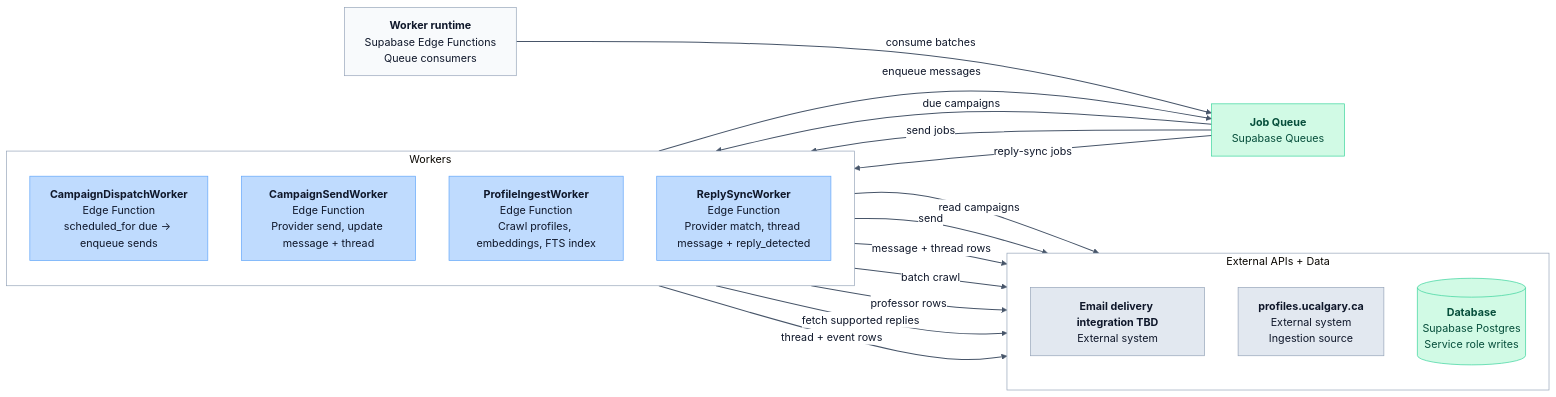
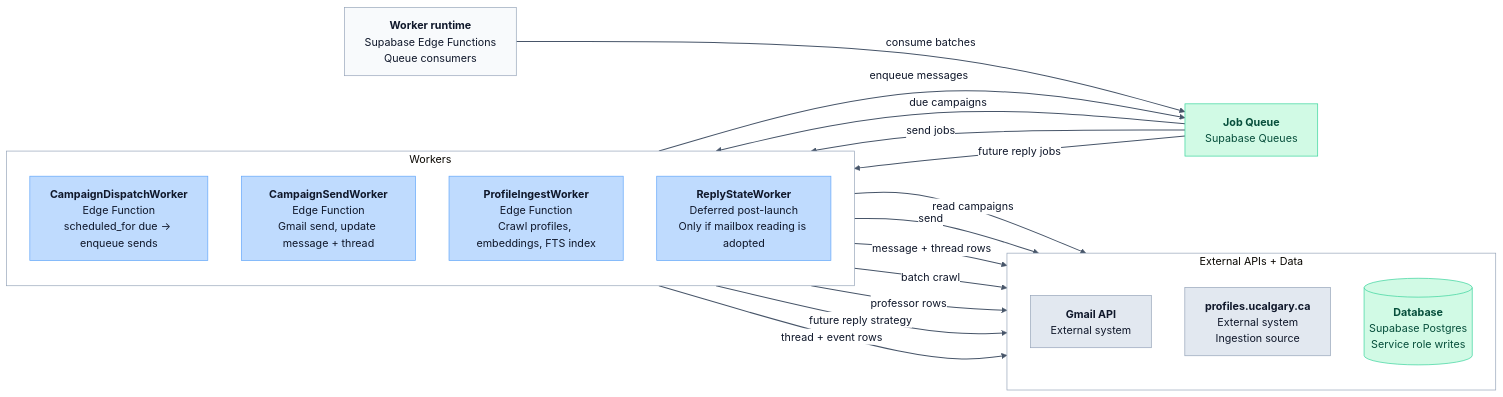
The second of 2 diagrams in docs/architecture/diagrams/c4-component.md (WanderingWalnut/UResearch), drawn with Mermaid before and after one commit. The commit also changed other lines of this file and 20 other files, not shown here.

````diff
--- a/docs/architecture/diagrams/c4-component.md
+++ b/docs/architecture/diagrams/c4-component.md
@@ -65,45 +65,45 @@
 ```mermaid
 %%{init: {"theme": "base", "themeVariables": {"background": "#f8fafc", "mainBkg": "#dbeafe", "primaryTextColor": "#0f172a", "lineColor": "#475569", "textColor": "#0f172a", "edgeLabelBackground": "#ffffff", "clusterBkg": "#ffffff", "clusterBorder": "#94a3b8", "fontFamily": "Inter, ui-sans-serif, system-ui, sans-serif"}} }%%
 flowchart LR
   runtime["<b>Worker runtime</b><br/>Supabase Edge Functions<br/>Queue consumers"]
   queue["<b>Job Queue</b><br/>Supabase Queues"]
 
   subgraph workers["Workers"]
     direction TB
     dispatch_worker["<b>CampaignDispatchWorker</b><br/>Edge Function<br/>scheduled_for due -> enqueue sends"]
-    send_worker["<b>CampaignSendWorker</b><br/>Edge Function<br/>Provider send, update message + thread"]
+    send_worker["<b>CampaignSendWorker</b><br/>Edge Function<br/>Gmail send, update message + thread"]
     ingest_worker["<b>ProfileIngestWorker</b><br/>Edge Function<br/>Crawl profiles, embeddings, FTS index"]
-    reply_worker["<b>ReplySyncWorker</b><br/>Edge Function<br/>Provider match, thread message + reply_detected"]
+    reply_worker["<b>ReplyStateWorker</b><br/>Deferred post-launch<br/>Only if mailbox reading is adopted"]
   end
 
   subgraph outputs["External APIs + Data"]
     direction TB
-    mail_provider["<b>Email delivery integration TBD</b><br/>External system"]
+    mail_provider["<b>Gmail API</b><br/>External system"]
     profiles["<b>profiles.ucalgary.ca</b><br/>External system<br/>Ingestion source"]
     db[("<b>Database</b><br/>Supabase Postgres<br/>Service role writes")]
   end
 
   runtime -->|"consume batches"| queue
   queue -->|"due campaigns"| dispatch_worker
   queue -->|"send jobs"| send_worker
-  queue -->|"reply-sync jobs"| reply_worker
+  queue -->|"future reply jobs"| reply_worker
 
   dispatch_worker -->|"enqueue messages"| queue
   dispatch_worker -->|"read campaigns"| db
   send_worker -->|"send"| mail_provider
   send_worker -->|"message + thread rows"| db
   ingest_worker -->|"batch crawl"| profiles
   ingest_worker -->|"professor rows"| db
-  reply_worker -->|"fetch supported replies"| mail_provider
+  reply_worker -->|"future reply strategy"| mail_provider
   reply_worker -->|"thread + event rows"| db
 
   classDef runtimeNode fill:#f8fafc,stroke:#94a3b8,color:#0f172a,stroke-width:1px
   classDef workerNode fill:#bfdbfe,stroke:#60a5fa,color:#0f172a,stroke-width:1px
   classDef external fill:#e2e8f0,stroke:#94a3b8,color:#0f172a,stroke-width:1px
   classDef dataNode fill:#d1fae5,stroke:#34d399,color:#064e3b,stroke-width:1px
   class runtime runtimeNode
   class dispatch_worker,send_worker,ingest_worker,reply_worker workerNode
   class mail_provider,profiles external
   class queue,db dataNode
   linkStyle default stroke:#475569,stroke-width:1.5px
 ```
````
